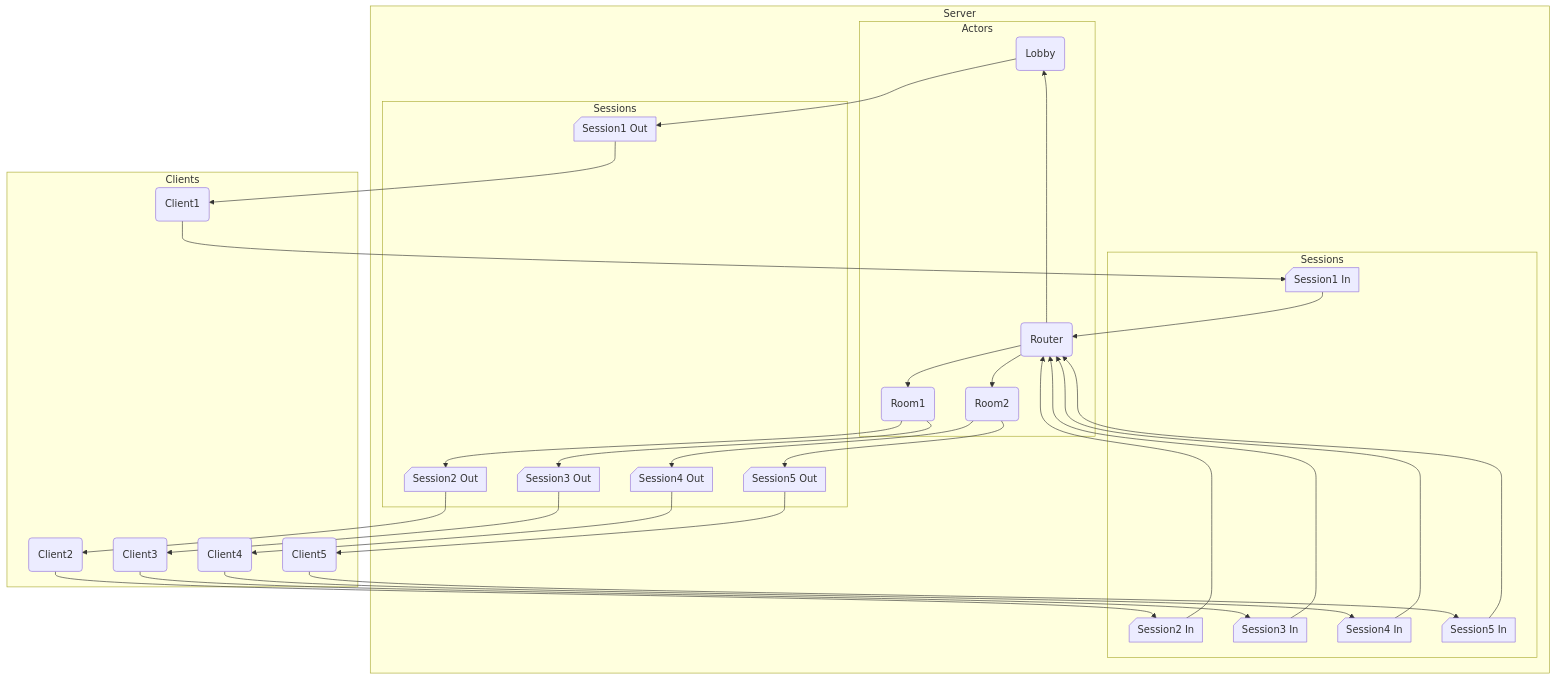
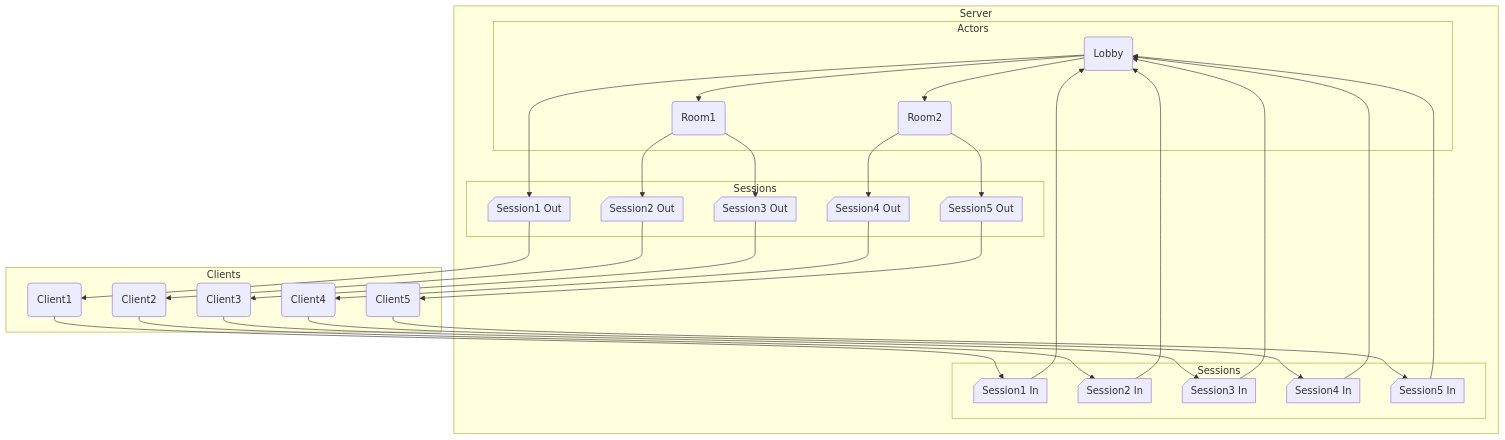
The diagram in assets/design.mermaid (Holence/rustgo), drawn with Mermaid before and after one commit. The commit also changed 8 other files, not shown here.

```diff
--- a/assets/design.mermaid
+++ b/assets/design.mermaid
@@ -1,63 +1,62 @@
 flowchart TB
   subgraph server["Server"]
       session_in["session_in"]
       actors["actors"]
       session_out["session_out"]
   end
   subgraph actors["Actors"]
       lobby("Lobby")
       room1("Room1")
       room2("Room2")
-      router("Router")
   end
   subgraph session_in["Sessions"]
       session1_in["Session1 In"]
       session2_in["Session2 In"]
       session3_in["Session3 In"]
       session4_in["Session4 In"]
       session5_in["Session5 In"]
   end
   subgraph session_out["Sessions"]
       session1_out["Session1 Out"]
       session2_out["Session2 Out"]
       session3_out["Session3 Out"]
       session4_out["Session4 Out"]
       session5_out["Session5 Out"]
   end
   subgraph clients["Clients"]
       client1("Client1")
       client2("Client2")
       client3("Client3")
       client4("Client4")
       client5("Client5")
   end
-  router --> lobby & room1 & room2
+  lobby --> room1 & room2
   client1 --> session1_in
   client2 --> session2_in
   client3 --> session3_in
   client4 --> session4_in
   client5 --> session5_in
-  session1_in --> router
-  session2_in --> router
-  session3_in --> router
-  session4_in --> router
-  session5_in --> router
+  session1_in --> lobby
+  session2_in --> lobby
+  session3_in --> lobby
+  session4_in --> lobby
+  session5_in --> lobby
   session1_out --> client1
   session2_out --> client2
   session3_out --> client3
   session4_out --> client4
   session5_out --> client5
   lobby --> session1_out
   room1 --> session2_out & session3_out
   room2 --> session4_out & session5_out
 
   session1_in@{shape: card}
   session2_in@{shape: card}
   session3_in@{shape: card}
   session4_in@{shape: card}
   session5_in@{shape: card}
   session1_out@{shape: card}
   session2_out@{shape: card}
   session3_out@{shape: card}
   session4_out@{shape: card}
   session5_out@{shape: card}
```
